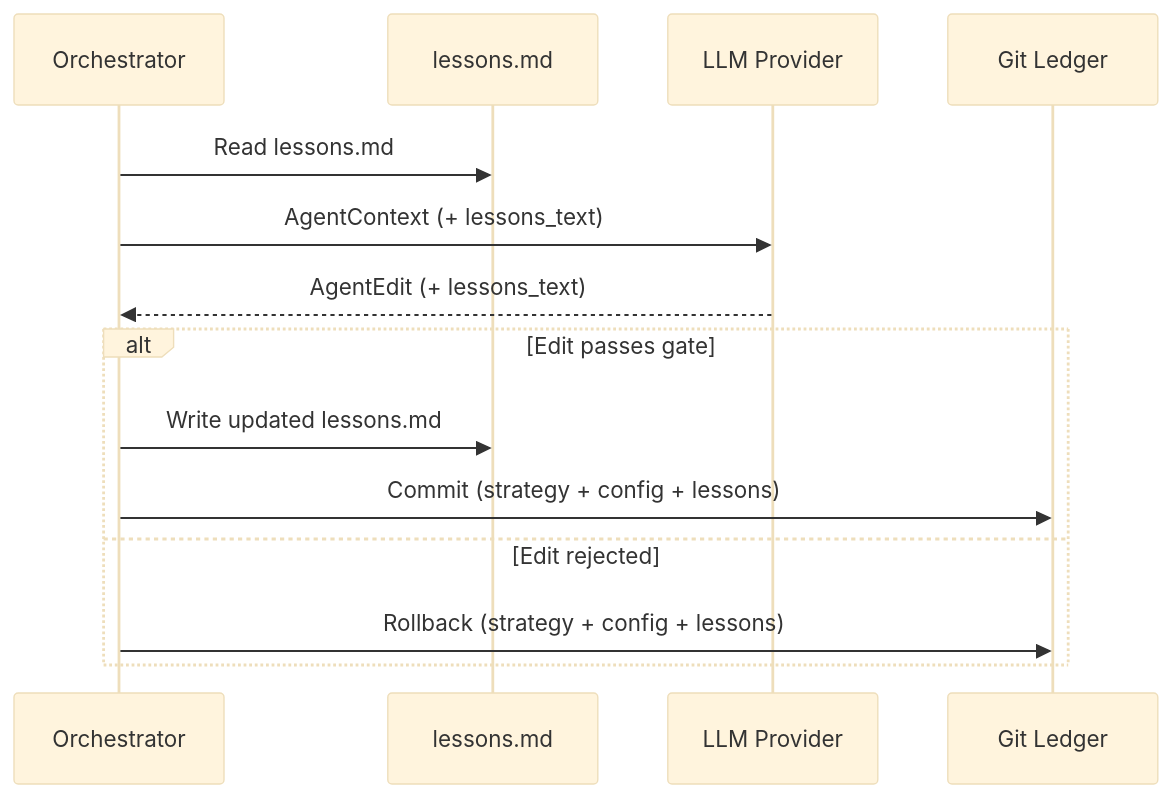
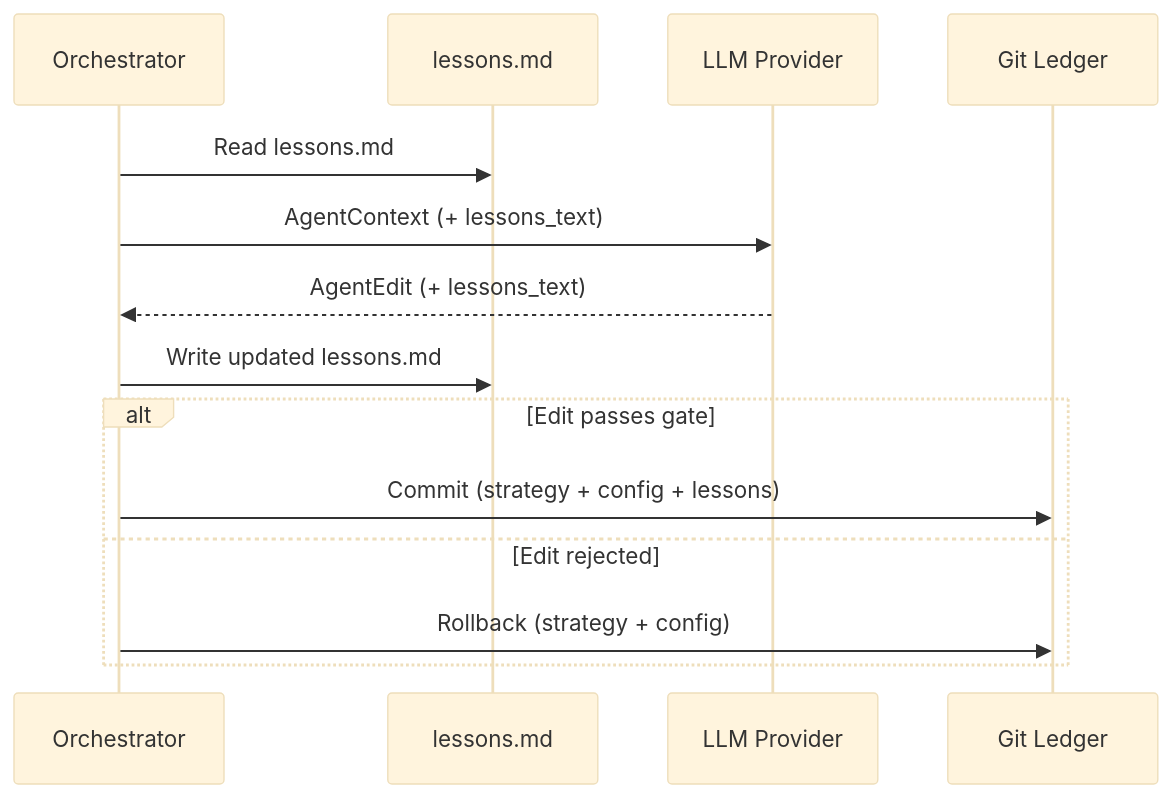
The diagram in README.md (LeFi8/autobacktest), drawn with Mermaid (base theme) before and after one commit. The commit also changed other lines of this file and 8 other files, not shown here.

````diff
--- a/README.md
+++ b/README.md
@@ -11,18 +11,19 @@
 ```mermaid
 sequenceDiagram
     participant O as Orchestrator
     participant FS as lessons.md
     participant LLM as LLM Provider
     participant Git as Git Ledger
 
     O->>FS: Read lessons.md
     O->>LLM: AgentContext (+ lessons_text)
     LLM-->>O: AgentEdit (+ lessons_text)
     
+    O->>FS: Write updated lessons.md
+    
     alt Edit passes gate
-        O->>FS: Write updated lessons.md
         O->>Git: Commit (strategy + config + lessons)
     else Edit rejected
-        O->>Git: Rollback (strategy + config + lessons)
+        O->>Git: Rollback (strategy + config)
     end
 ```
````
